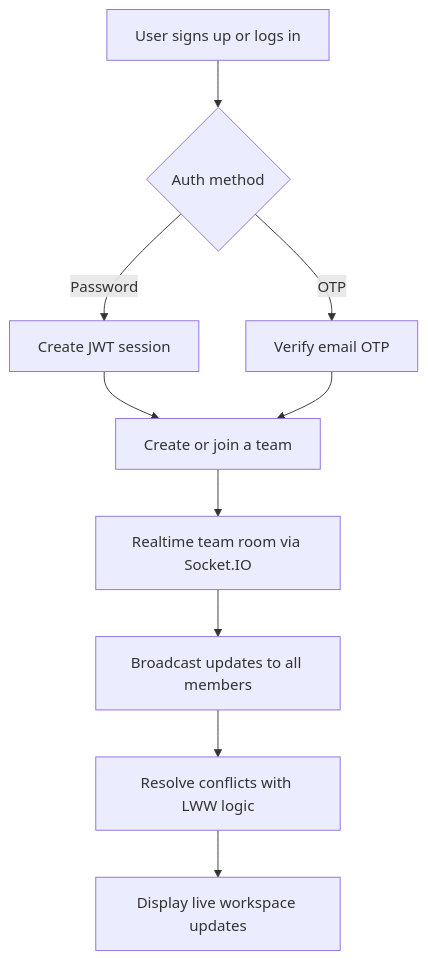
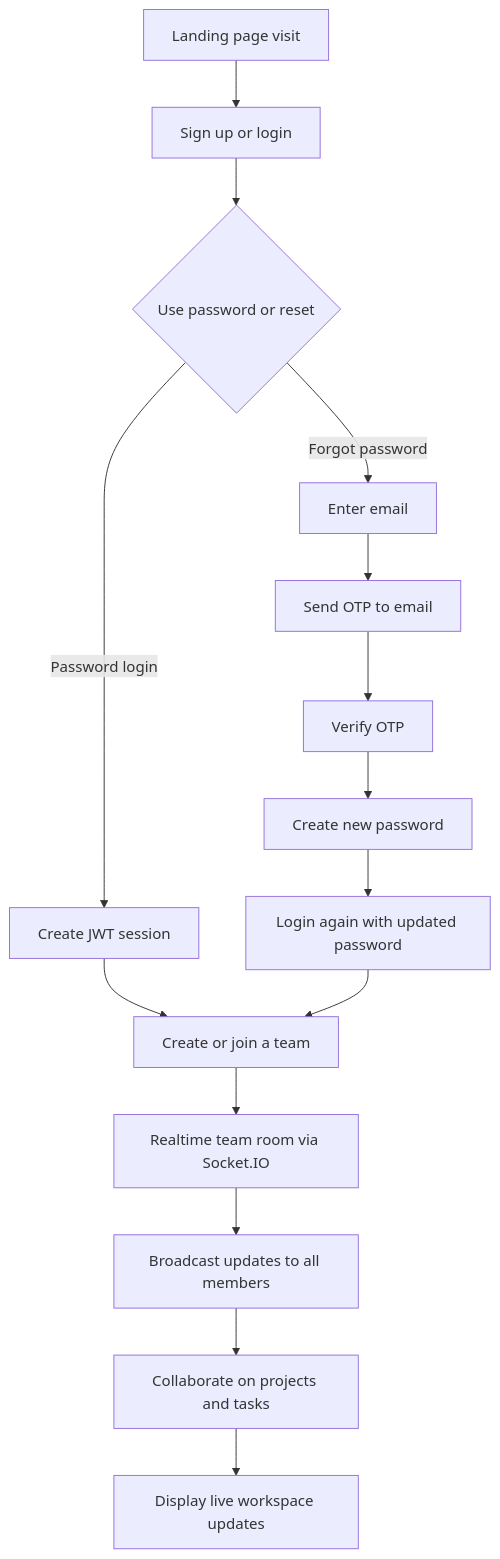
The diagram in README.md (nandini11130/DesignSpace), drawn with Mermaid before and after one commit. The commit also changed other lines of this file and 7 other files, not shown here.

Commit message:
Finalize local dev setup and auth flow updates

````diff
--- a/README.md
+++ b/README.md
@@ -25,12 +26,17 @@
 ```mermaid
 flowchart TD
-    A[User signs up or logs in] --> B{Auth method}
-    B -->|Password| C[Create JWT session]
-    B -->|OTP| D[Verify email OTP]
-    C --> E[Create or join a team]
-    D --> E
-    E --> F[Realtime team room via Socket.IO]
-    F --> G[Broadcast updates to all members]
-    G --> H[Resolve conflicts with LWW logic]
-    H --> I[Display live workspace updates]
+    A[Landing page visit] --> B[Sign up or login]
+    B --> C{Use password or reset}
+    C -->|Password login| D[Create JWT session]
+    C -->|Forgot password| E[Enter email]
+    E --> F[Send OTP to email]
+    F --> G[Verify OTP]
+    G --> H[Create new password]
+    H --> I[Login again with updated password]
+    D --> J[Create or join a team]
+    I --> J
+    J --> K[Realtime team room via Socket.IO]
+    K --> L[Broadcast updates to all members]
+    L --> M[Collaborate on projects and tasks]
+    M --> N[Display live workspace updates]
 ```
````
